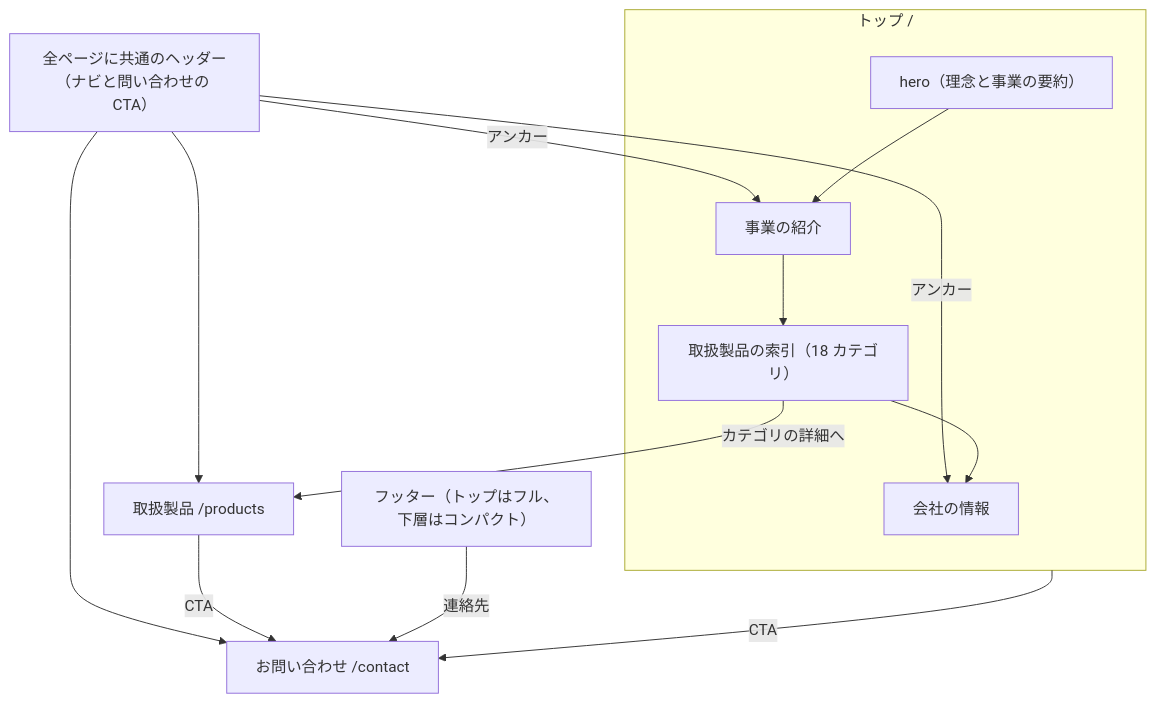
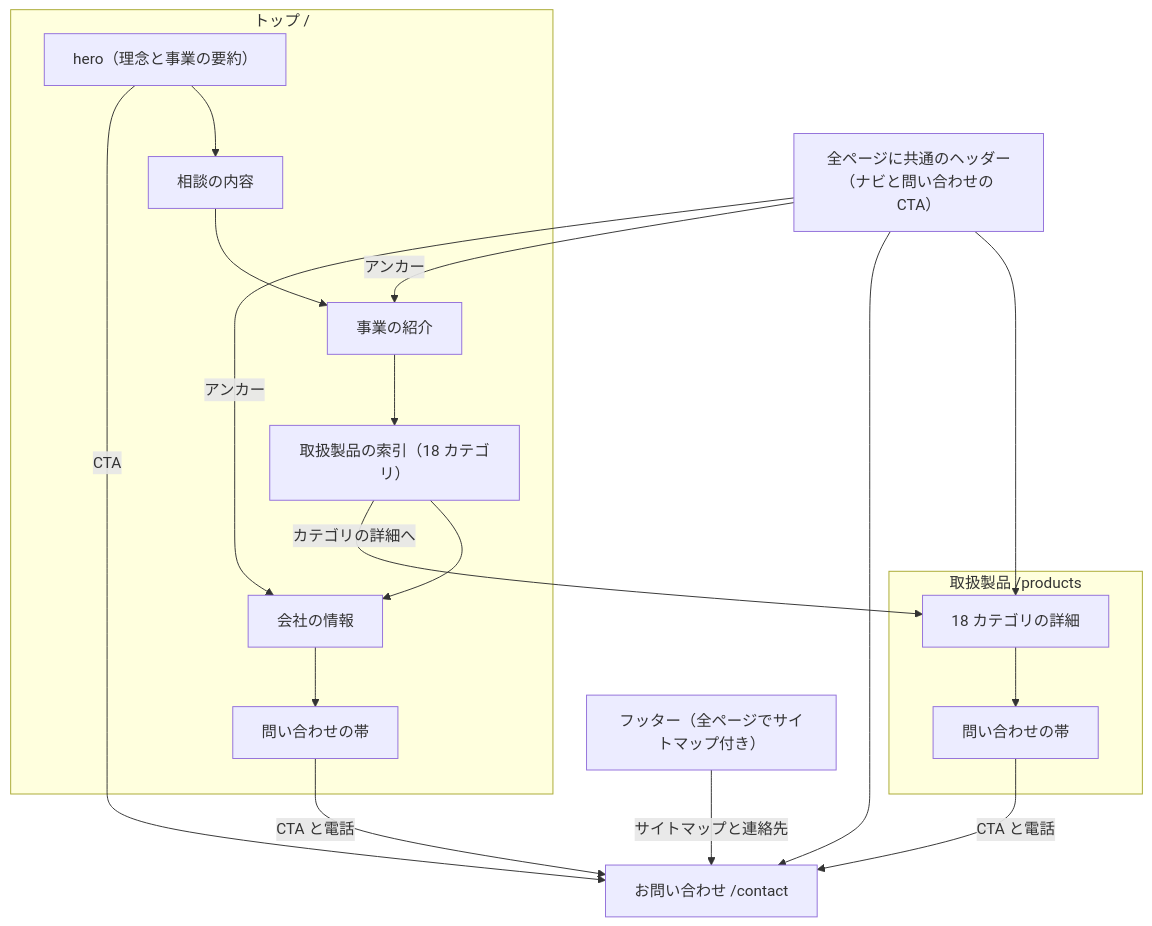
Before and after one commit to Fukuemon/kufu-apps: the first of 3 diagrams in apps/corporate-site/DesignDoc.md, drawn with Mermaid. The commit also changed other lines of this file and 1 other file, not shown here.

````diff
--- a/apps/corporate-site/DesignDoc.md
+++ b/apps/corporate-site/DesignDoc.md
@@ -96,23 +99,30 @@
 ```mermaid
 flowchart TD
     Header["全ページに共通のヘッダー（ナビと問い合わせの CTA）"]
     subgraph P1 ["トップ /"]
         Hero["hero（理念と事業の要約）"]
+        Consultation["相談の内容"]
         Business["事業の紹介"]
         Index["取扱製品の索引（18 カテゴリ）"]
         Company["会社の情報"]
+        Band1["問い合わせの帯"]
     end
-    P3["取扱製品 /products"]
+    subgraph P3 ["取扱製品 /products"]
+        Detail["18 カテゴリの詳細"]
+        Band3["問い合わせの帯"]
+    end
     P6["お問い合わせ /contact"]
-    Footer["フッター（トップはフル、下層はコンパクト）"]
+    Footer["フッター（全ページでサイトマップ付き）"]
 
     Header -->|"アンカー"| Business
     Header -->|"アンカー"| Company
-    Header --> P3
+    Header --> Detail
     Header --> P6
-    Hero --> Business --> Index --> Company
-    Index -->|"カテゴリの詳細へ"| P3
-    P1 -->|"CTA"| P6
-    P3 -->|"CTA"| P6
-    Footer -->|"連絡先"| P6
+    Hero --> Consultation --> Business --> Index --> Company --> Band1
+    Index -->|"カテゴリの詳細へ"| Detail
+    Detail --> Band3
+    Hero -->|"CTA"| P6
+    Band1 -->|"CTA と電話"| P6
+    Band3 -->|"CTA と電話"| P6
+    Footer -->|"サイトマップと連絡先"| P6
 ```
````
